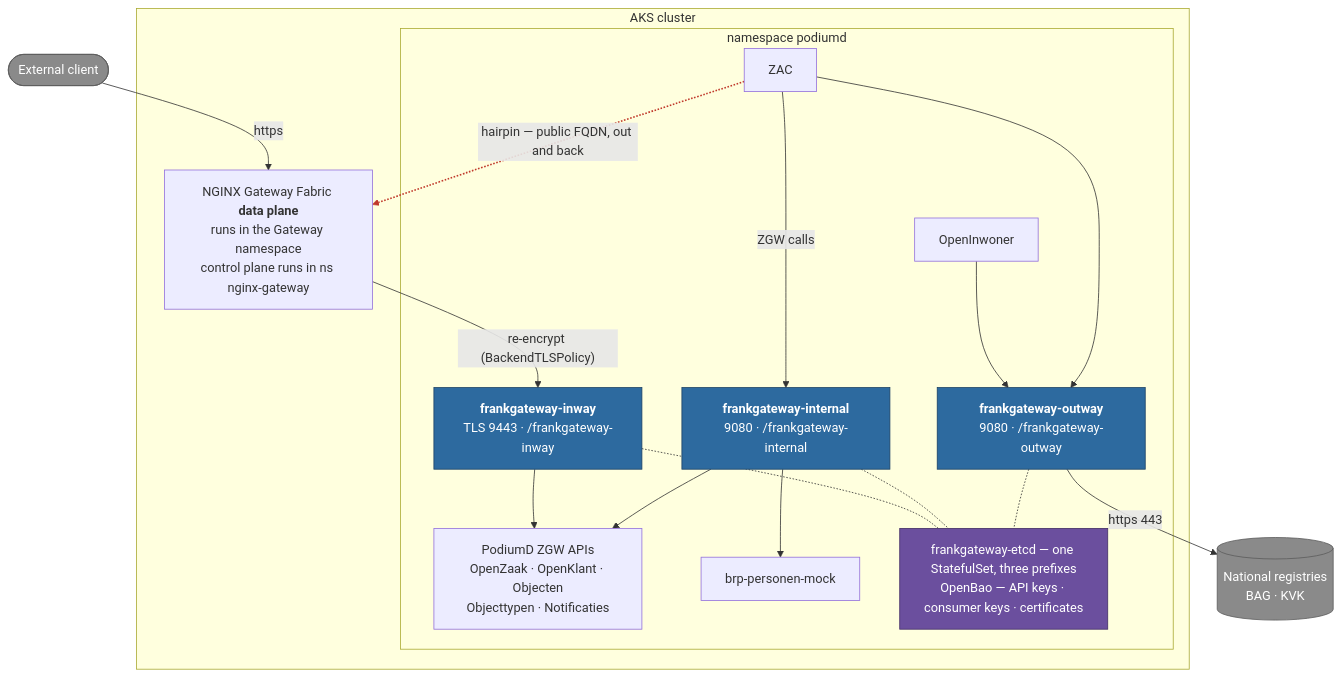
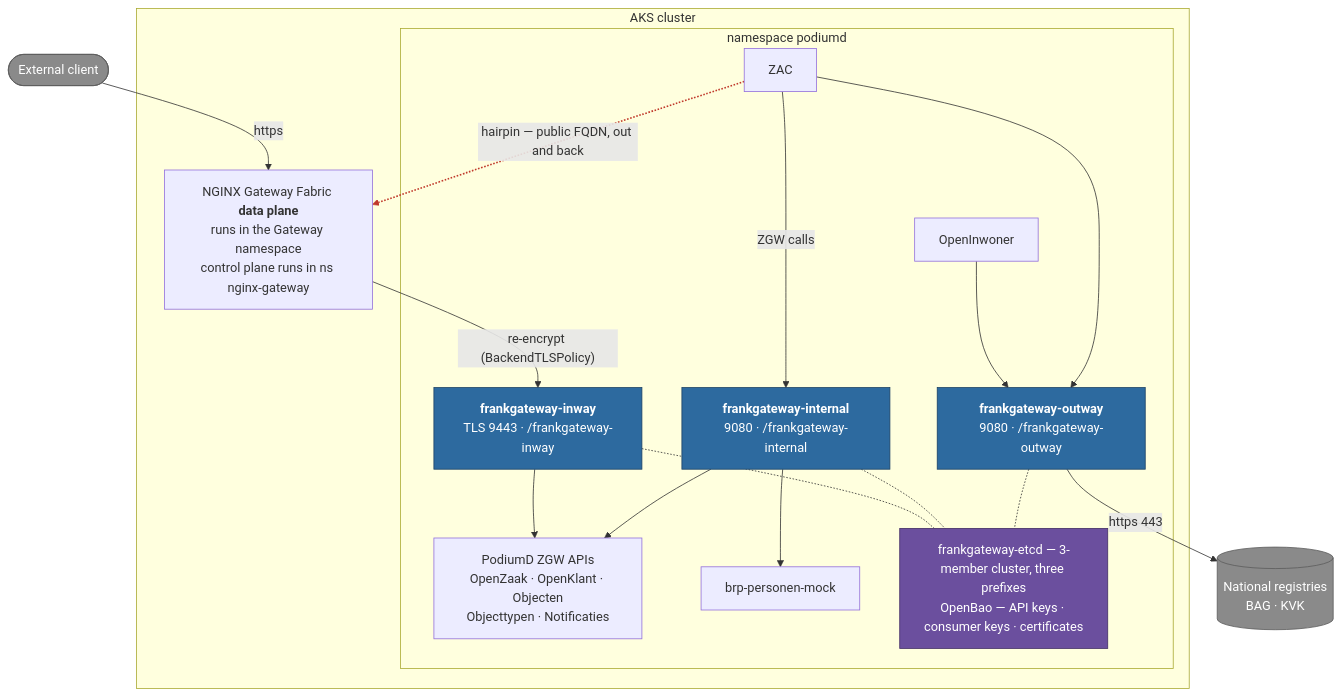
One commit to Dimpact-Samenwerking/helm-charts changed the diagram in charts/podiumd/docs/apps/frankgateway/frankgateway-traffic-classes.md. Above: the diagram before and after it, drawn with Mermaid. The commit also changed other lines of this file and 7 other files, not shown here.

````diff
--- a/charts/podiumd/docs/apps/frankgateway/frankgateway-traffic-classes.md
+++ b/charts/podiumd/docs/apps/frankgateway/frankgateway-traffic-classes.md
@@ -28,49 +28,49 @@
 ```mermaid
 flowchart TB
   client([External client])
   registries[("National registries<br/>BAG · KVK")]
 
   subgraph cluster["AKS cluster"]
     ngf["NGINX Gateway Fabric <b>data plane</b><br/>runs in the Gateway namespace<br/>control plane runs in ns nginx-gateway"]
 
     subgraph podiumd["namespace podiumd"]
       inway["<b>frankgateway-inway</b><br/>TLS 9443 · /frankgateway-inway"]
       internal["<b>frankgateway-internal</b><br/>9080 · /frankgateway-internal"]
       outway["<b>frankgateway-outway</b><br/>9080 · /frankgateway-outway"]
 
       apps["PodiumD ZGW APIs<br/>OpenZaak · OpenKlant · Objecten<br/>Objecttypen · Notificaties"]
       brpmock["brp-personen-mock"]
       zac["ZAC"]
       inwoner["OpenInwoner"]
 
-      shared["frankgateway-etcd — one StatefulSet, three prefixes<br/>OpenBao — API keys · consumer keys · certificates"]
+      shared["frankgateway-etcd — 3-member cluster, three prefixes<br/>OpenBao — API keys · consumer keys · certificates"]
     end
   end
 
   client -->|https| ngf
   ngf -->|"re-encrypt (BackendTLSPolicy)"| inway
   inway --> apps
 
   zac -->|ZGW calls| internal
   internal --> apps
   internal --> brpmock
 
   inwoner --> outway
   zac --> outway
   outway -->|"https 443"| registries
 
   zac -.->|"hairpin — public FQDN, out and back"| ngf
 
   inway -.- shared
   internal -.- shared
   outway -.- shared
 
   classDef gw fill:#2d6a9f,stroke:#1b4165,color:#fff
   classDef store fill:#6b4f9e,stroke:#432f66,color:#fff
   classDef ext fill:#8a8a8a,stroke:#5c5c5c,color:#fff
   class inway,outway,internal gw
   class shared store
   class client,registries ext
   %% link 9 is the zac -> ngf hairpin (links are numbered in declaration order)
   linkStyle 9 stroke:#c0392b,stroke-width:2px
 ```
````
